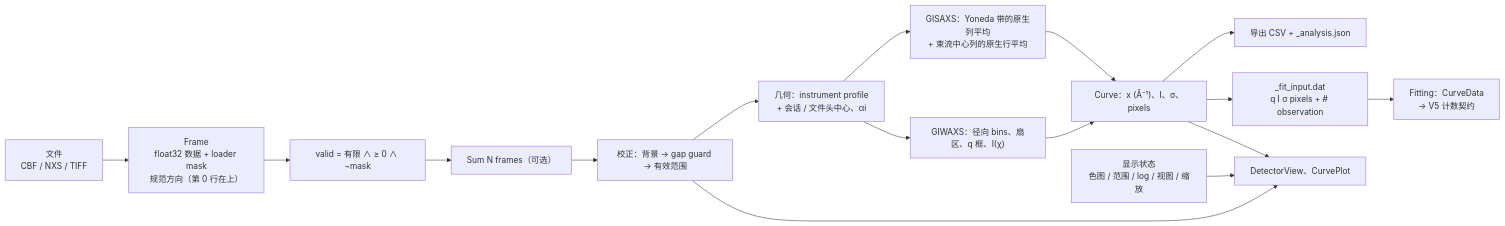
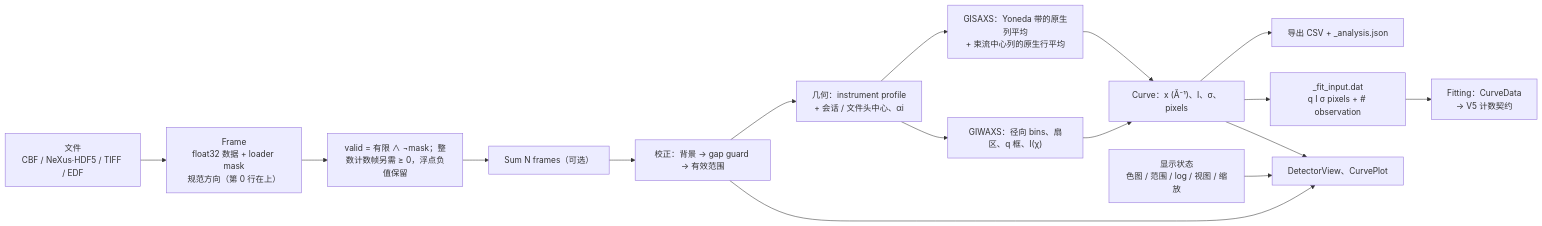
The diagram in docs/architecture/scientific-data-flow.md (zyffcc/gisaxs_gui), drawn with Mermaid before and after one commit. The commit also changed other lines of this file and 368 other files, not shown here.

````diff
--- a/docs/architecture/scientific-data-flow.md
+++ b/docs/architecture/scientific-data-flow.md
@@ -24,18 +25,18 @@
 ```mermaid
 flowchart LR
-    A["文件<br/>CBF / NXS / TIFF"] --> B["Frame<br/>float32 数据 + loader mask<br/>规范方向（第 0 行在上）"]
-    B --> C["valid = 有限 ∧ ≥ 0 ∧ ¬mask"]
+    A["文件<br/>CBF / NeXus·HDF5 / TIFF / EDF"] --> B["Frame<br/>float32 数据 + loader mask<br/>规范方向（第 0 行在上）"]
+    B --> C["valid = 有限 ∧ ¬mask；整数计数帧另需 ≥ 0，浮点负值保留"]
     C --> D["Sum N frames（可选）"]
     D --> E["校正：背景 → gap guard → 有效范围"]
     E --> F["几何：instrument profile<br/>+ 会话 / 文件头中心、αi"]
     F --> G["GISAXS：Yoneda 带的原生列平均<br/>+ 束流中心列的原生行平均"]
     F --> H["GIWAXS：径向 bins、扇区、q 框、I(χ)"]
     G --> I["Curve：x (Å⁻¹)、I、σ、pixels"]
     H --> I
     I --> J["导出 CSV + _analysis.json"]
     I --> K["_fit_input.dat<br/>q I σ pixels + # observation"]
     K --> L["Fitting：CurveData<br/>→ V5 计数契约"]
     M["显示状态<br/>色图 / 范围 / log / 视图 / 缩放"] --> N["DetectorView、CurvePlot"]
     E --> N
     I --> N
 ```
````
